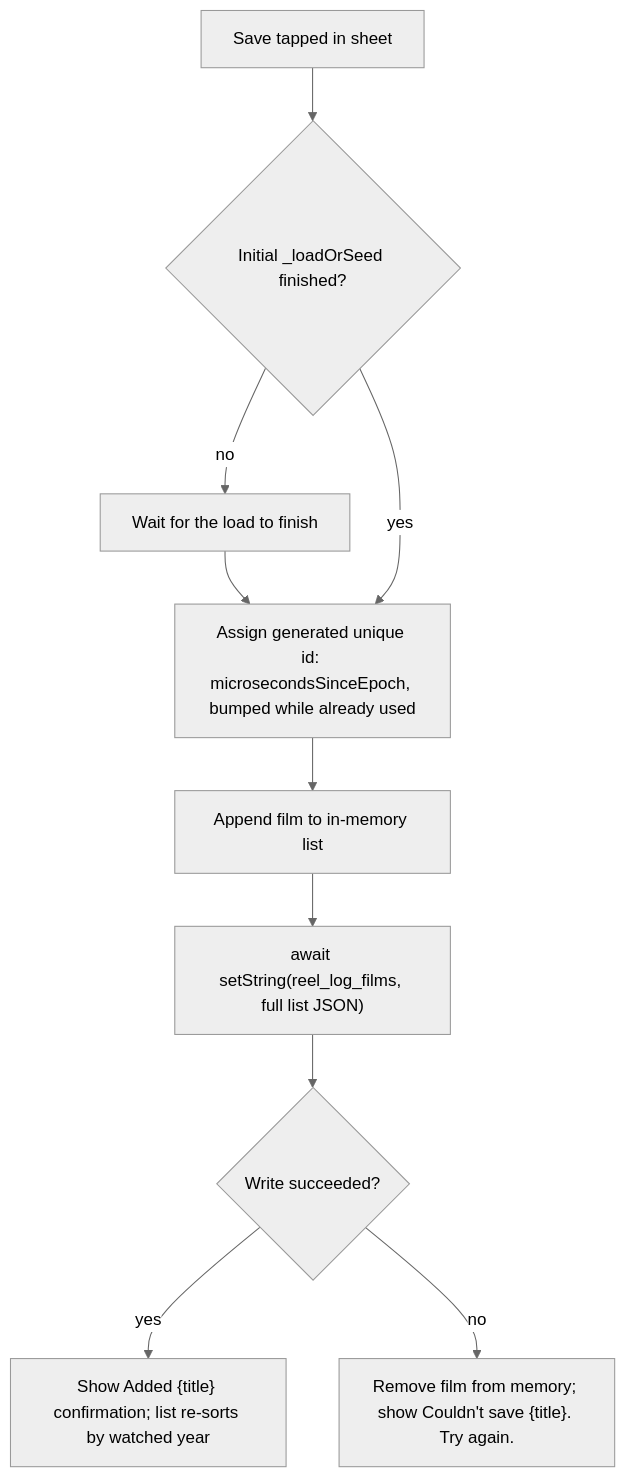
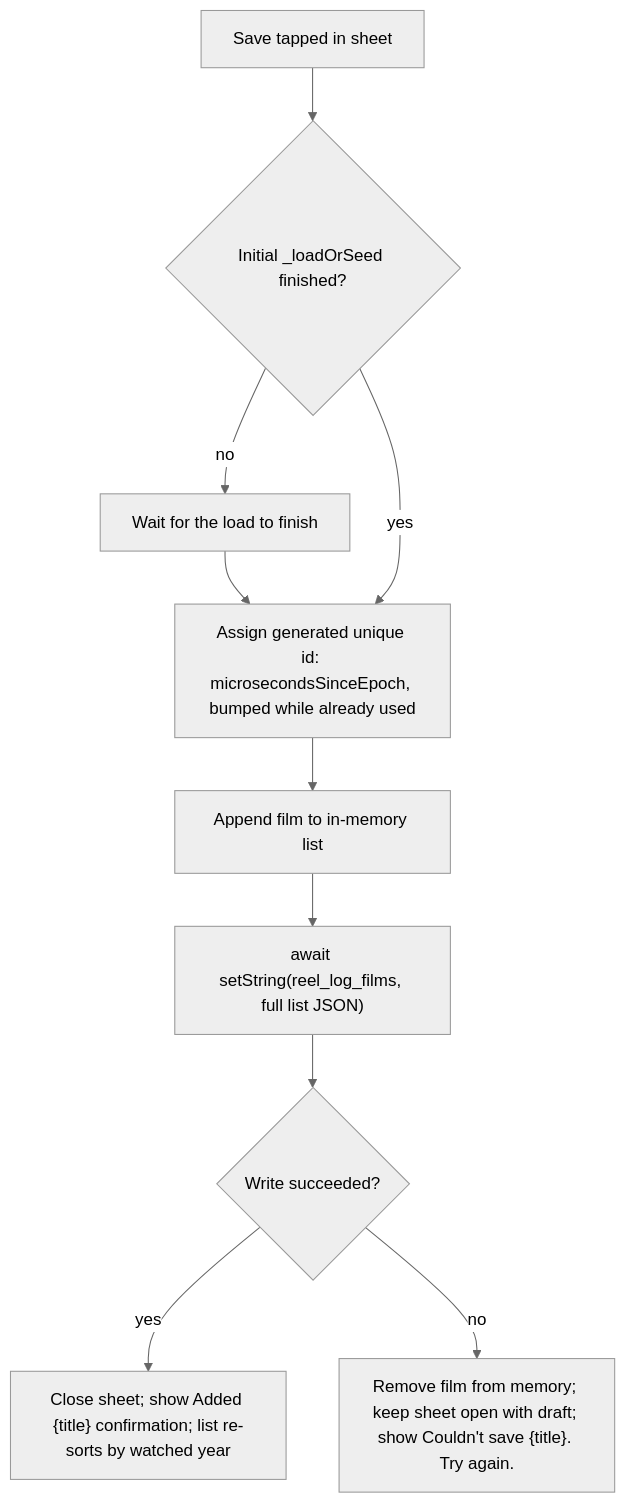
One commit to redge-aw/reel_log changed the second of 2 diagrams in openspec/changes/log-a-film/design.md. Above: the diagram before and after it, drawn with Mermaid (neutral theme). The commit also changed other lines of this file and 2 other files, not shown here.

Commit message:
Enhance film logging process: close sheet on successful save, keep draft on failure, and add validation for two-digit watched years

````diff
--- a/openspec/changes/log-a-film/design.md
+++ b/openspec/changes/log-a-film/design.md
@@ -74,14 +74,14 @@
 ```mermaid
 flowchart TD
     SaveTapped["Save tapped in sheet"]
     SaveTapped --> LoadDone{Initial _loadOrSeed finished?}
     LoadDone -->|no| WaitLoad["Wait for the load to finish"]
     WaitLoad --> ComputeId["Assign generated unique id: microsecondsSinceEpoch, bumped while already used"]
     LoadDone -->|yes| ComputeId
     ComputeId --> Append["Append film to in-memory list"]
     Append --> WriteList["await setString(reel_log_films, full list JSON)"]
 
     WriteList --> WriteOk{Write succeeded?}
-    WriteOk -->|yes| Confirm["Show Added {title} confirmation; list re-sorts by watched year"]
-    WriteOk -->|no| Rollback["Remove film from memory; show Couldn't save {title}. Try again."]
+    WriteOk -->|yes| Confirm["Close sheet; show Added {title} confirmation; list re-sorts by watched year"]
+    WriteOk -->|no| Rollback["Remove film from memory; keep sheet open with draft; show Couldn't save {title}. Try again."]
 ```
````
